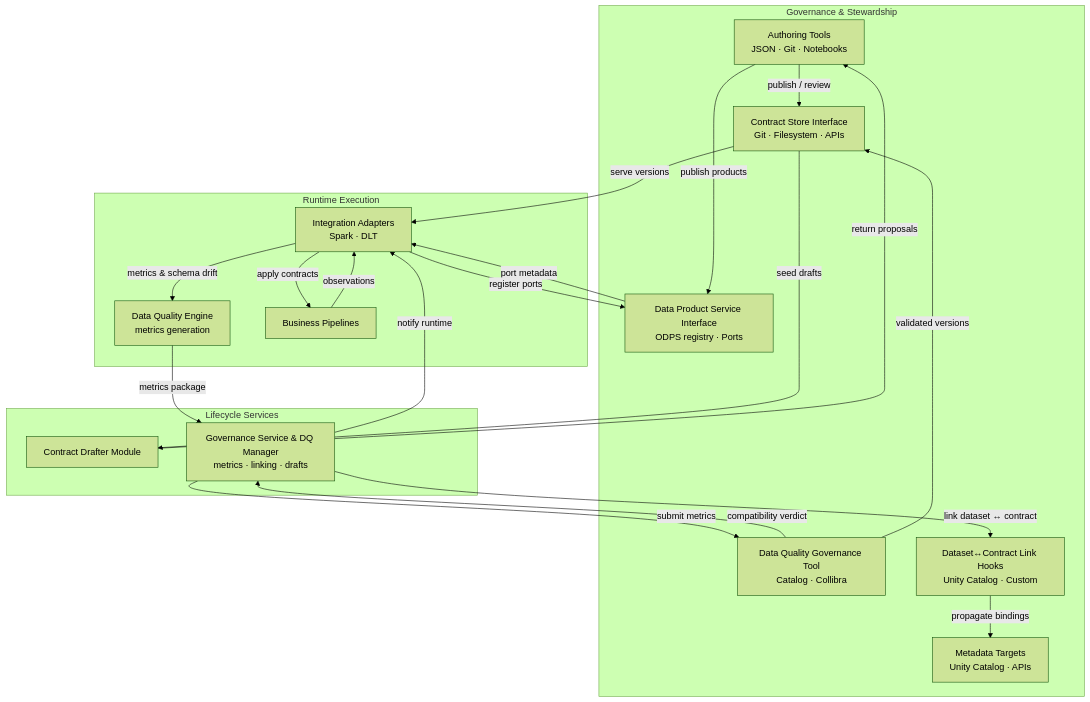
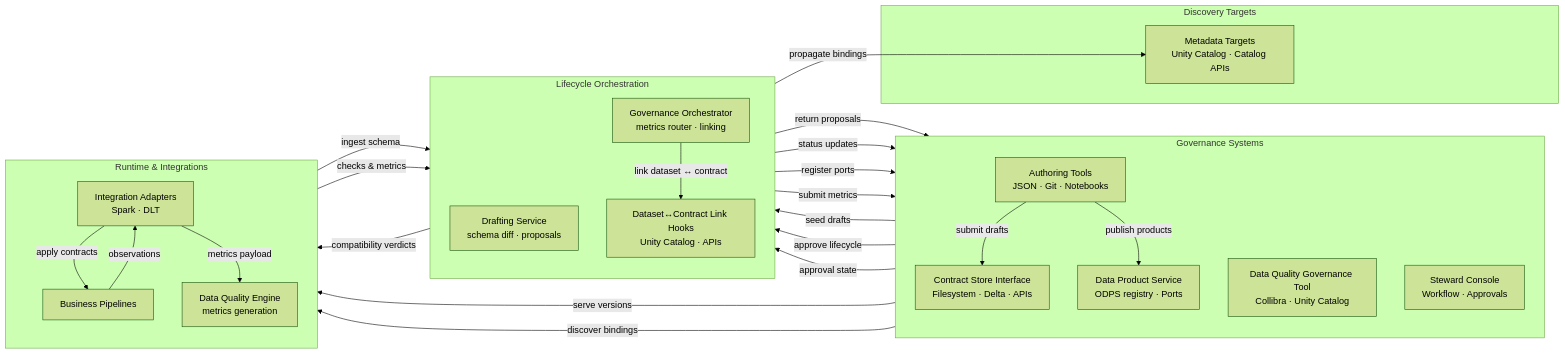
The first of 2 diagrams in README.md (NextLab-SRL/dc43), drawn with Mermaid (forest theme) before and after one commit. The commit also changed other lines of this file, not shown here.

Commit message:
Rework architecture diagram in README

````diff
--- a/README.md
+++ b/README.md
@@ -50,40 +50,49 @@
 ```mermaid
-flowchart TD
-    subgraph Governance & Stewardship
+flowchart LR
+    subgraph Governance Systems
+        direction TB
         Authoring["Authoring Tools\nJSON · Git · Notebooks"]
-        ContractStore["Contract Store Interface\nGit · Filesystem · APIs"]
-        DataProduct["Data Product Service Interface\nODPS registry · Ports"]
-        DQTool["Data Quality Governance Tool\nCatalog · Collibra"]
-        LinkHooks["Dataset↔Contract Link Hooks\nUnity Catalog · Custom"]
-        MetadataTargets["Metadata Targets\nUnity Catalog · APIs"]
+        ContractStore["Contract Store Interface\nFilesystem · Delta · APIs"]
+        DataProduct["Data Product Service\nODPS registry · Ports"]
+        DQTool["Data Quality Governance Tool\nCollibra · Unity Catalog"]
+        StewardUI["Steward Console\nWorkflow · Approvals"]
     end
 
-    subgraph Lifecycle Services
-        DraftModule["Contract Drafter Module"]
-        GovernanceSvc["Governance Service & DQ Manager\nmetrics · linking · drafts"]
+    subgraph Lifecycle Orchestration
+        direction TB
+        DraftModule["Drafting Service\nschema diff · proposals"]
+        GovernanceSvc["Governance Orchestrator\nmetrics router · linking"]
+        LinkHooks["Dataset↔Contract Link Hooks\nUnity Catalog · APIs"]
     end
 
-    subgraph Runtime Execution
+    subgraph Runtime & Integrations
+        direction TB
+        IOHelpers["Integration Adapters\nSpark · DLT"]
         DQEngine["Data Quality Engine\nmetrics generation"]
-        IOHelpers["Integration Adapters\nSpark · DLT"]
         Pipelines["Business Pipelines"]
     end
 
-    Authoring -->|publish / review| ContractStore
+    subgraph Discovery Targets
+        MetadataTargets["Metadata Targets\nUnity Catalog · Catalog APIs"]
+    end
+
+    Authoring -->|submit drafts| ContractStore
     Authoring -->|publish products| DataProduct
-    ContractStore -->|serve versions| IOHelpers
     ContractStore -->|seed drafts| DraftModule
     DraftModule -->|return proposals| Authoring
-    DataProduct -->|port metadata| IOHelpers
-    IOHelpers -->|register ports| DataProduct
+    IOHelpers -->|ingest schema| DraftModule
+    StewardUI -->|approve lifecycle| GovernanceSvc
+    GovernanceSvc -->|status updates| ContractStore
+    ContractStore -->|serve versions| IOHelpers
+    GovernanceSvc -->|register ports| DataProduct
+    DataProduct -->|discover bindings| IOHelpers
     IOHelpers -->|apply contracts| Pipelines
     Pipelines -->|observations| IOHelpers
-    IOHelpers -->|metrics & schema drift| DQEngine
-    DQEngine -->|metrics package| GovernanceSvc
+    IOHelpers -->|metrics payload| DQEngine
+    DQEngine -->|checks & metrics| GovernanceSvc
+    GovernanceSvc -->|compatibility verdicts| IOHelpers
     GovernanceSvc -->|submit metrics| DQTool
-    DQTool -->|compatibility verdict| GovernanceSvc
-    DQTool -->|validated versions| ContractStore
-    GovernanceSvc -->|notify runtime| IOHelpers
+    DQTool -->|approval state| GovernanceSvc
     GovernanceSvc -->|link dataset ↔ contract| LinkHooks
     LinkHooks -->|propagate bindings| MetadataTargets
 ```
````
